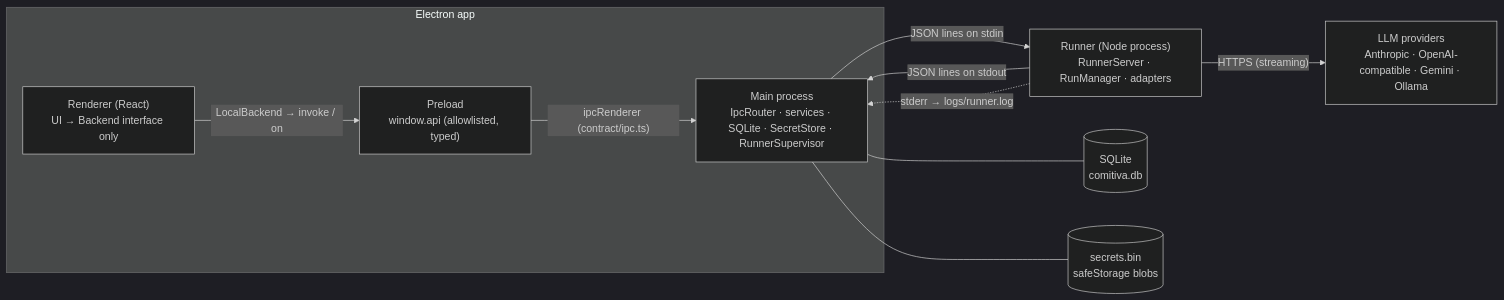
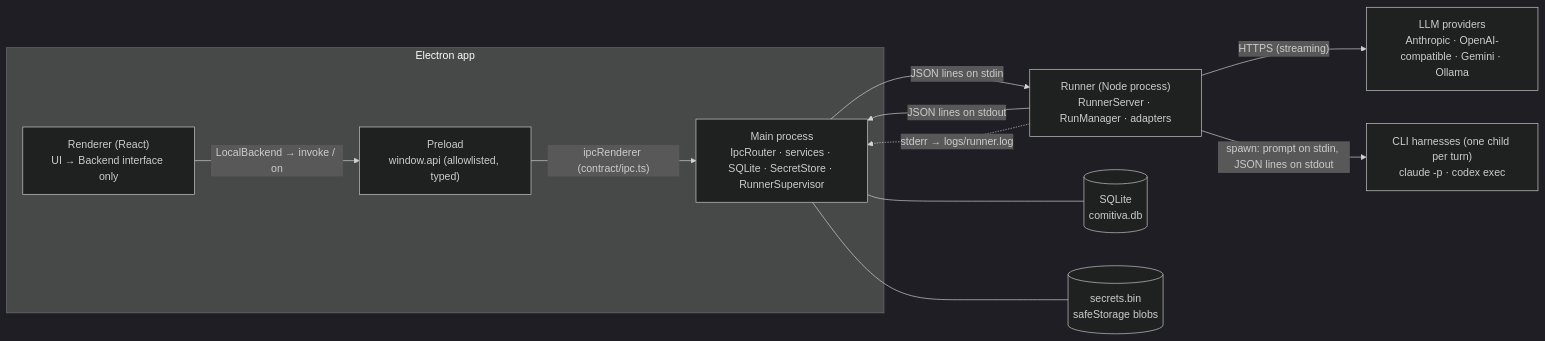
The diagram in docs/architecture.md (comitiva-dev/comitiva), drawn with Mermaid (dark theme) before and after one commit. The commit also changed other lines of this file and 5 other files, not shown here.

Commit message:
docs: Phase 2 status, ADR 0007 on CLI harnesses, sync design/architecture/SPEC

````diff
--- a/docs/architecture.md
+++ b/docs/architecture.md
@@ -7,21 +7,23 @@
 ```mermaid
 flowchart LR
   subgraph Electron app
     R["Renderer (React)<br/>UI → Backend interface only"]
     P["Preload<br/>window.api (allowlisted, typed)"]
     M["Main process<br/>IpcRouter · services · SQLite · SecretStore · RunnerSupervisor"]
   end
   RN["Runner (Node process)<br/>RunnerServer · RunManager · adapters"]
   DB[("SQLite<br/>comitiva.db")]
   S[("secrets.bin<br/>safeStorage blobs")]
   LLM["LLM providers<br/>Anthropic · OpenAI-compatible · Gemini · Ollama"]
+  H["CLI harnesses (one child per turn)<br/>claude -p · codex exec"]
 
   R -- "LocalBackend → invoke / on" --> P
   P -- "ipcRenderer (contract/ipc.ts)" --> M
   M -- "JSON lines on stdin" --> RN
   RN -- "JSON lines on stdout" --> M
   RN -. "stderr → logs/runner.log" .-> M
   M --- DB
   M --- S
   RN -- "HTTPS (streaming)" --> LLM
+  RN -- "spawn: prompt on stdin, JSON lines on stdout" --> H
 ```
````
